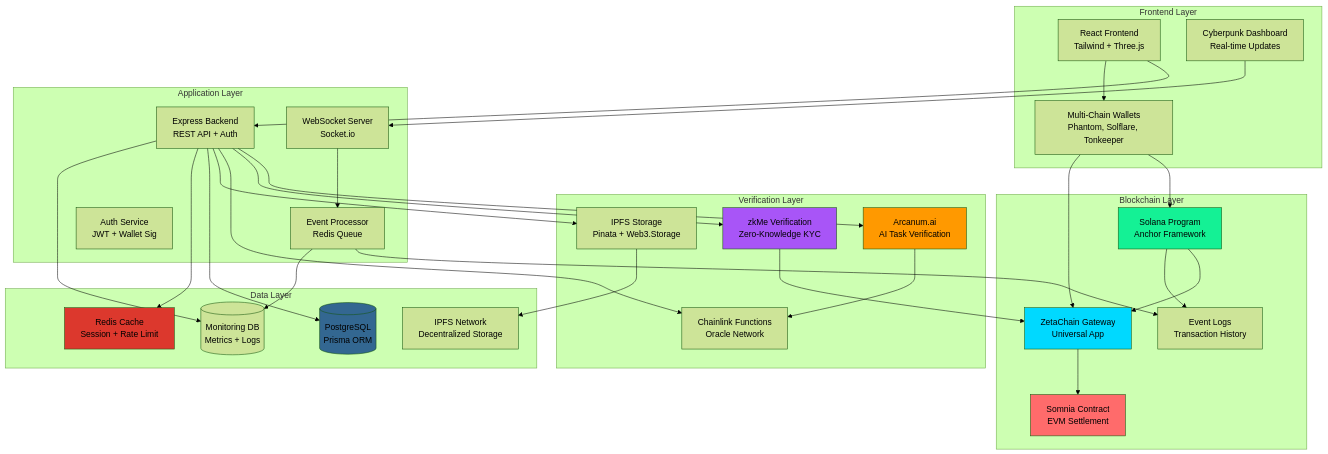
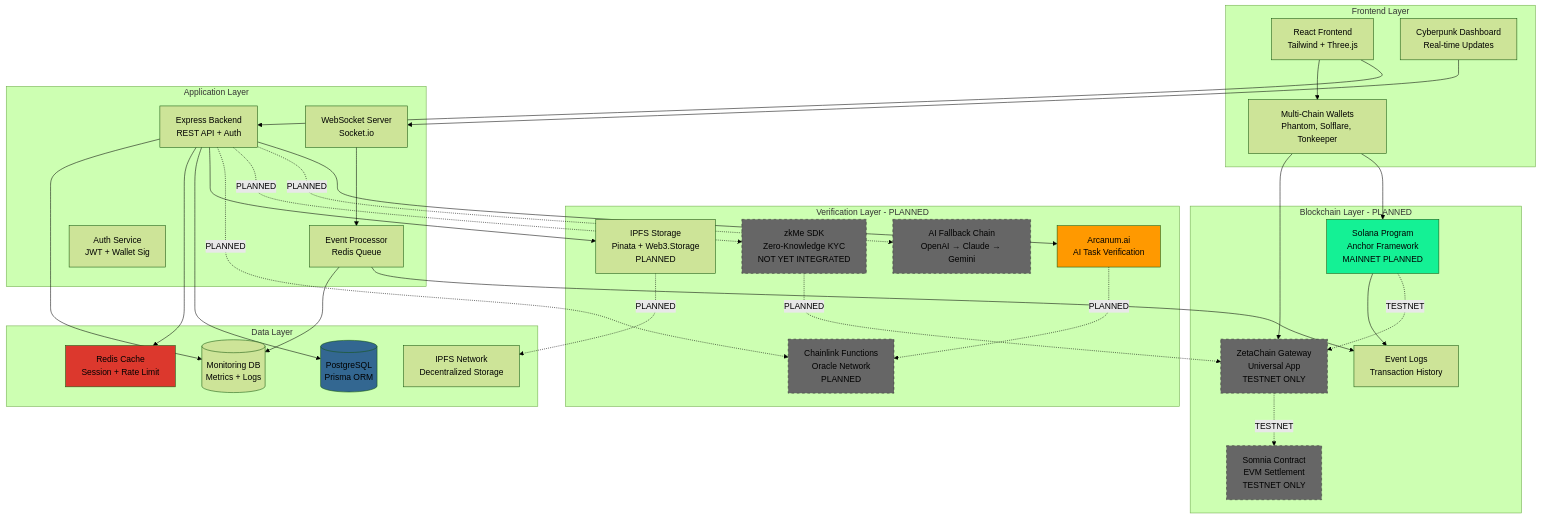
One commit to De-real-iManuel/aetherlock-docs changed the second of 10 diagrams in diagrams/architecture-diagrams.md. Above: the diagram before and after it, drawn with Mermaid (forest theme). The commit also changed other lines of this file and 144 other files, not shown here.

````diff
--- a/diagrams/architecture-diagrams.md
+++ b/diagrams/architecture-diagrams.md
@@ -7,71 +84,77 @@
 ```mermaid
 graph TB
     subgraph "Frontend Layer"
         UI[React Frontend<br/>Tailwind + Three.js]
         Wallet[Multi-Chain Wallets<br/>Phantom, Solflare, Tonkeeper]
         Dashboard[Cyberpunk Dashboard<br/>Real-time Updates]
     end
     
     subgraph "Application Layer"
         API[Express Backend<br/>REST API + Auth]
         WS[WebSocket Server<br/>Socket.io]
         EventProc[Event Processor<br/>Redis Queue]
         Auth[Auth Service<br/>JWT + Wallet Sig]
     end
     
-    subgraph "Verification Layer"
+    subgraph "Verification Layer - PLANNED"
         AI[Arcanum.ai<br/>AI Task Verification]
-        KYC[zkMe Verification<br/>Zero-Knowledge KYC]
-        Oracle[Chainlink Functions<br/>Oracle Network]
-        IPFS[IPFS Storage<br/>Pinata + Web3.Storage]
+        AIFallback[AI Fallback Chain<br/>OpenAI → Claude → Gemini]
+        KYC[zkMe SDK<br/>Zero-Knowledge KYC<br/>NOT YET INTEGRATED]
+        Oracle[Chainlink Functions<br/>Oracle Network<br/>PLANNED]
+        IPFS[IPFS Storage<br/>Pinata + Web3.Storage<br/>PLANNED]
     end
     
-    subgraph "Blockchain Layer"
-        Solana[Solana Program<br/>Anchor Framework]
-        Zeta[ZetaChain Gateway<br/>Universal App]
-        Somnia[Somnia Contract<br/>EVM Settlement]
+    subgraph "Blockchain Layer - PLANNED"
+        Solana[Solana Program<br/>Anchor Framework<br/>MAINNET PLANNED]
+        Zeta[ZetaChain Gateway<br/>Universal App<br/>TESTNET ONLY]
+        Somnia[Somnia Contract<br/>EVM Settlement<br/>TESTNET ONLY]
         Events[Event Logs<br/>Transaction History]
     end
     
     subgraph "Data Layer"
         DB[(PostgreSQL<br/>Prisma ORM)]
         Redis[Redis Cache<br/>Session + Rate Limit]
         IPFSNet[IPFS Network<br/>Decentralized Storage]
         Monitoring[(Monitoring DB<br/>Metrics + Logs)]
     end
     
     UI --> API
     UI --> Wallet
     Wallet --> Solana
     Wallet --> Zeta
     Dashboard --> WS
     
     API --> AI
-    API --> KYC
-    API --> Oracle
+    API -.->|PLANNED| AIFallback
+    API -.->|PLANNED| KYC
+    API -.->|PLANNED| Oracle
     API --> IPFS
     API --> DB
     API --> Redis
     
     WS --> EventProc
     EventProc --> Events
     
-    Solana --> Zeta
-    Zeta --> Somnia
+    Solana -.->|TESTNET| Zeta
+    Zeta -.->|TESTNET| Somnia
     Solana --> Events
     
-    AI --> Oracle
-    KYC --> Zeta
-    IPFS --> IPFSNet
+    AI -.->|PLANNED| Oracle
+    KYC -.->|PLANNED| Zeta
+    IPFS -.->|PLANNED| IPFSNet
     
     EventProc --> Monitoring
     API --> Monitoring
     
     style AI fill:#FF9900
-    style KYC fill:#A855F7
+    style KYC fill:#666,stroke:#333,stroke-dasharray: 5 5
+    style Oracle fill:#666,stroke:#333,stroke-dasharray: 5 5
     style Solana fill:#14F195
-    style Zeta fill:#00D9FF
-    style Somnia fill:#FF6B6B
+    style Zeta fill:#666,stroke:#333,stroke-dasharray: 5 5
+    style Somnia fill:#666,stroke:#333,stroke-dasharray: 5 5
     style DB fill:#336791
     style Redis fill:#DC382D
+    
+    classDef planned fill:#666,stroke:#333,stroke-dasharray: 5 5
+    class AIFallback,KYC,Oracle,Zeta,Somnia planned
 ```
````
